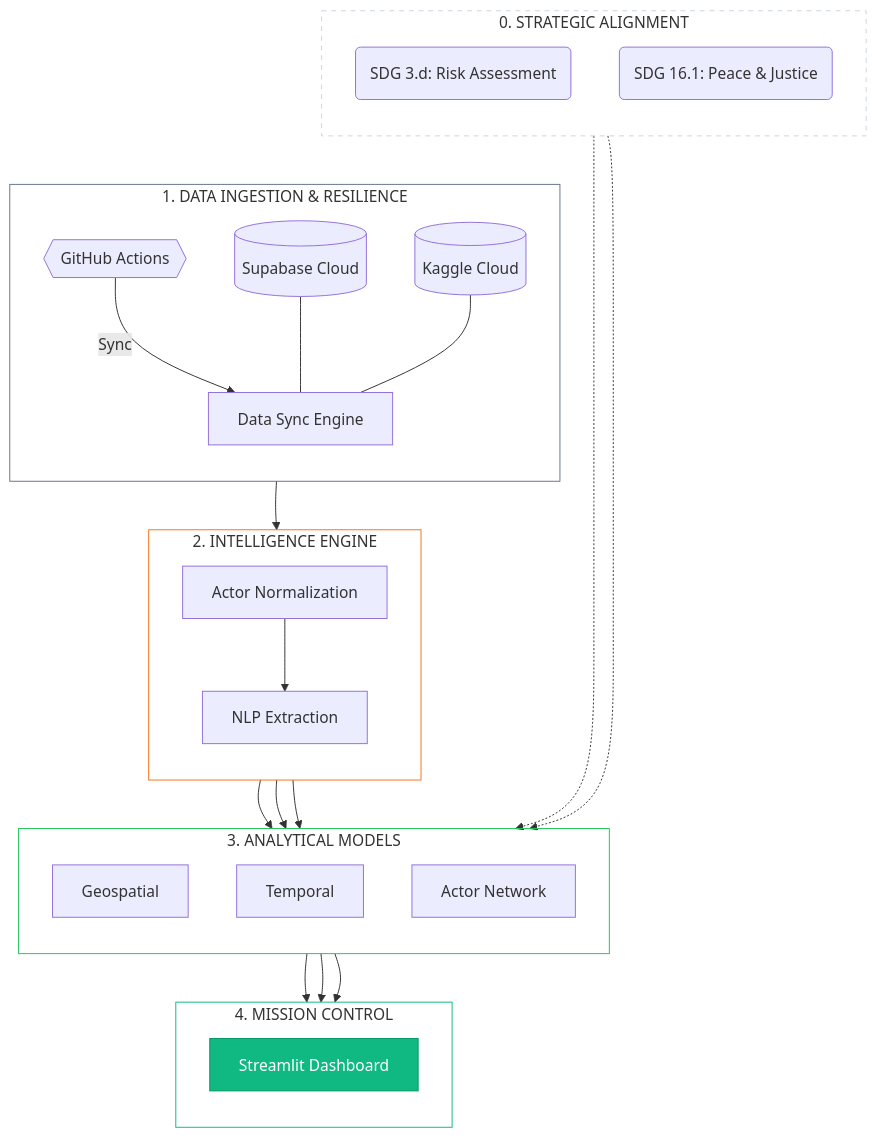
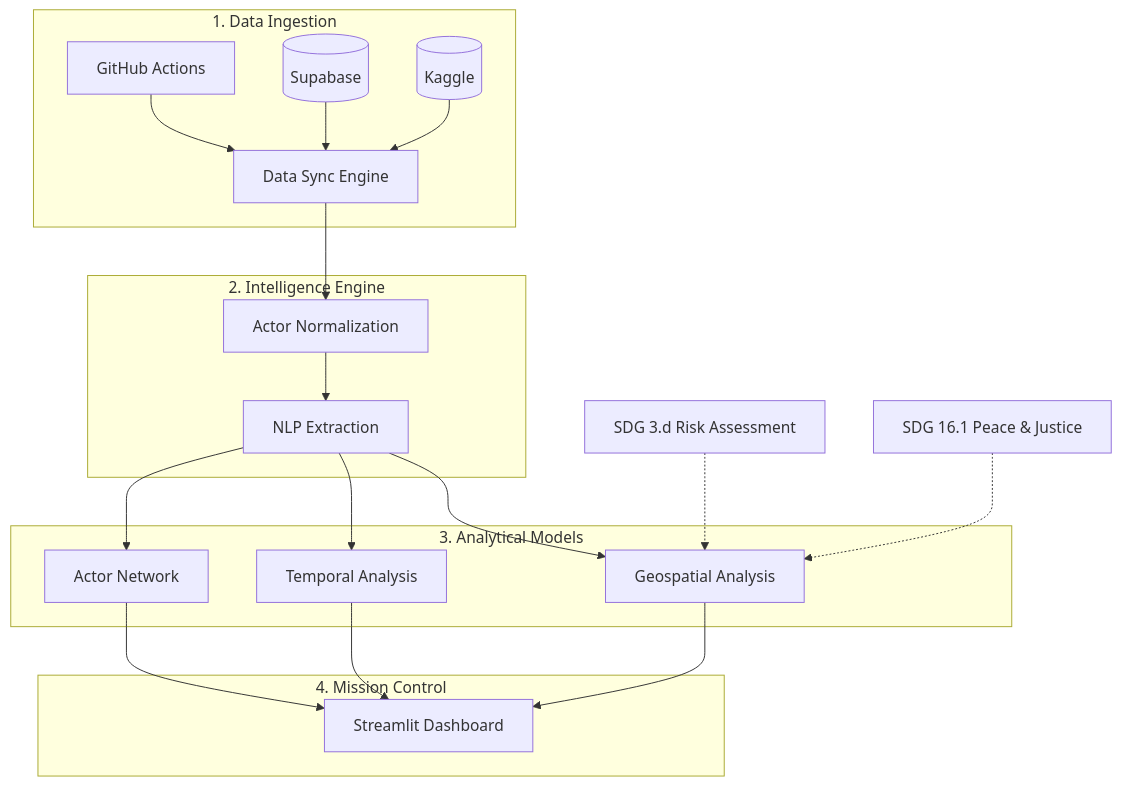
Before and after one commit to TainYanTun/Myanmar-conflict-observatory: the diagram in README.md, drawn with Mermaid.

Commit message:
docs(readme): refine data pipeline Mermaid diagram for clarity
- Simplified the structure and styling of the Mermaid flowchart.
- Improved readability by consolidating strategic alignment nodes externally.
- Renamed various nodes and subgraphs for better clarity and conciseness.

````diff
--- a/README.md
+++ b/README.md
@@ -17,56 +17,52 @@
 ```mermaid
 flowchart TD
-    %% 0. STRATEGIC ALIGNMENT
-    subgraph SDG ["0. STRATEGIC ALIGNMENT"]
-        direction TB
-        SDG3(SDG 3.d: Risk Assessment)
-        SDG16(SDG 16.1: Peace & Justice)
-    end
 
-    %% 1. DATA INGESTION & RESILIENCE
-    subgraph Ingestion ["1. DATA INGESTION & RESILIENCE"]
-        direction TB
-        GHA{{GitHub Actions}} -->|Sync| Sync[Data Sync Engine]
-        DB[(Supabase Cloud)] --- Sync
-        Kaggle[(Kaggle Cloud)] --- Sync
-    end
+%% Strategic Alignment (external)
+SDG3[SDG 3.d Risk Assessment]
+SDG16[SDG 16.1 Peace & Justice]
 
-    %% 2. INTELLIGENCE ENGINE
-    subgraph Intelligence ["2. INTELLIGENCE ENGINE"]
-        direction TB
-        Sync --> Actor[Actor Normalization]
-        Actor --> NLP[NLP Extraction]
-    end
+%% 1. Data Ingestion
+subgraph "1. Data Ingestion"
+    GHA[GitHub Actions]
+    Sync[Data Sync Engine]
+    Supabase[(Supabase)]
+    Kaggle[(Kaggle)]
 
-    %% 3. ANALYTICAL MODELS
-    subgraph Analytics ["3. ANALYTICAL MODELS"]
-        direction TB
-        NLP --> Geo[Geospatial]
-        NLP --> Temp[Temporal]
-        NLP --> Net[Actor Network]
-    end
+    GHA --> Sync
+    Supabase --> Sync
+    Kaggle --> Sync
+end
 
-    %% 4. MISSION CONTROL
-    subgraph UI ["4. MISSION CONTROL"]
-        direction TB
-        Geo & Temp & Net --> Dashboard[Streamlit Dashboard]
-    end
+%% 2. Intelligence Engine
+subgraph "2. Intelligence Engine"
+    Actor[Actor Normalization]
+    NLP[NLP Extraction]
 
-    %% SPACERS
-    SDG ~~~ Ingestion
-    Ingestion ~~~ Intelligence
-    Intelligence ~~~ Analytics
-    Analytics ~~~ UI
+    Sync --> Actor
+    Actor --> NLP
+end
 
-    %% STRATEGIC MAPPINGS
-    SDG3 -.-> Geo
-    SDG16 -.-> Geo
+%% 3. Analytical Models
+subgraph "3. Analytical Models"
+    Geo[Geospatial Analysis]
+    Temp[Temporal Analysis]
+    Net[Actor Network]
 
-    %% CLEAN STYLING
-    style Dashboard fill:#10b981,color:#fff,stroke:#059669
-    style SDG fill:none,stroke:#cbd5e1,stroke-dasharray: 5 5
-    style Ingestion fill:none,stroke:#64748b
-    style Intelligence fill:none,stroke:#f97316
-    style Analytics fill:none,stroke:#22c55e
-    style UI fill:none,stroke:#10b981
+    NLP --> Geo
+    NLP --> Temp
+    NLP --> Net
+end
+
+%% 4. Mission Control
+subgraph "4. Mission Control"
+    Dashboard[Streamlit Dashboard]
+
+    Geo --> Dashboard
+    Temp --> Dashboard
+    Net --> Dashboard
+end
+
+%% Strategic influence
+SDG3 -.-> Geo
+SDG16 -.-> Geo
 ```
````
